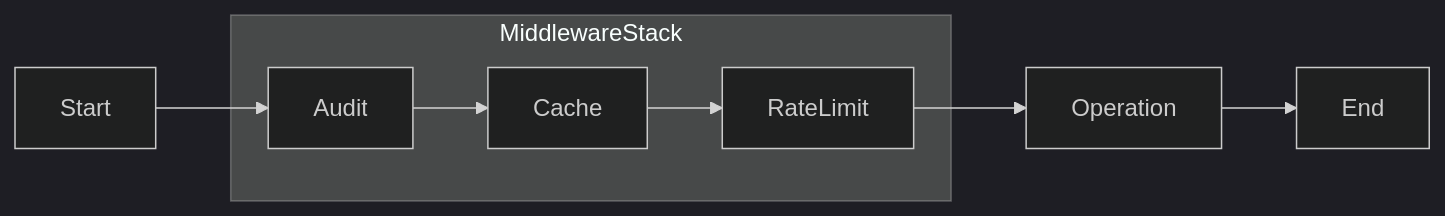
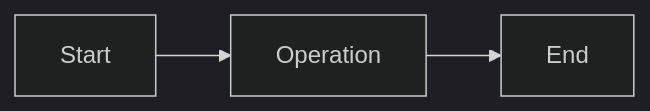
The second of 6 diagrams in docs/architecture.md (GigiArteni/apiato-repository), drawn with Mermaid (dark theme) before and after one commit. The commit also changed other lines of this file and 11 other files, not shown here.

````diff
--- a/docs/architecture.md
+++ b/docs/architecture.md
@@ -31,9 +31,4 @@
 ```mermaid
 flowchart LR
-    Start --> Middleware1 --> Middleware2 --> Middleware3 --> Operation --> End
-    subgraph MiddlewareStack
-        Middleware1[Audit]
-        Middleware2[Cache]
-        Middleware3[RateLimit]
-    end
+    Start --> Operation --> End
 ```
````
